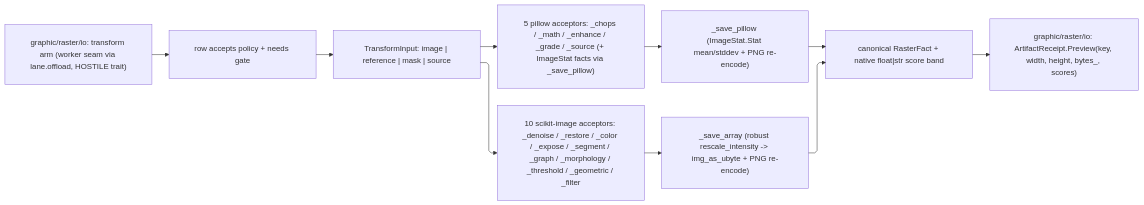
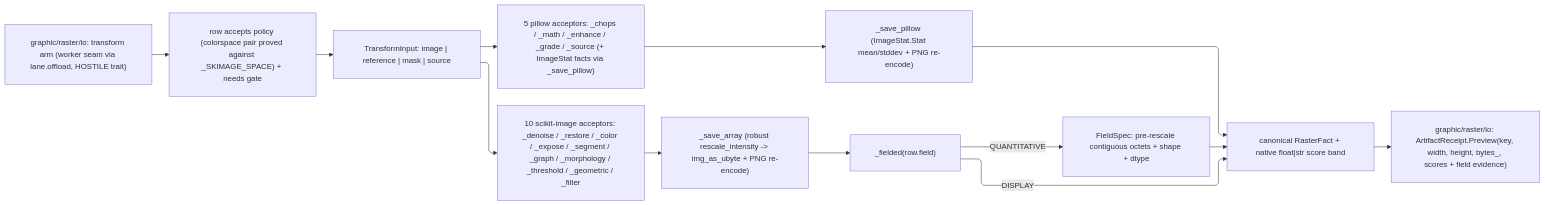
Before and after one commit to bsamiee/Rasm: the diagram in libs/python/artifacts/.planning/graphic/raster/process.md, drawn with Mermaid. The commit also changed other lines of this file and 693 other files, not shown here.

````diff
--- a/libs/python/artifacts/.planning/graphic/raster/process.md
+++ b/libs/python/artifacts/.planning/graphic/raster/process.md
@@ -1050,21 +1103,24 @@
 ```mermaid
 ---
 config:
   layout: elk
   flowchart:
     curve: linear
     padding: 25
 ---
 flowchart LR
     accTitle: Raster transform flow
-    accDescr: The io transform arm crossing the worker seam, row acceptance under policy and the needs gate, TransformInput dispatch across the pillow and scikit-image acceptors, and the canonical RasterFact egress.
-    Tx["graphic/raster/io: transform arm (worker seam via lane.offload, HOSTILE trait)"] --> Table["row accepts policy + needs gate"]
+    accDescr: The io transform arm crossing the worker seam, row acceptance under policy and the needs gate, TransformInput dispatch across the pillow and scikit-image acceptors, the field-law split at the array save, and the canonical RasterFact egress.
+    Tx["graphic/raster/io: transform arm (worker seam via lane.offload, HOSTILE trait)"] --> Table["row accepts policy (colorspace pair proved against _SKIMAGE_SPACE) + needs gate"]
     Table --> Input["TransformInput: image | reference | mask | source"]
     Input --> Pil["5 pillow acceptors: _chops / _math / _enhance / _grade / _source (+ ImageStat facts via _save_pillow)"]
     Input --> Ski["10 scikit-image acceptors: _denoise / _restore / _color / _expose / _segment / _graph / _morphology / _threshold / _geometric / _filter"]
     Pil --> SaveP["_save_pillow (ImageStat.Stat mean/stddev + PNG re-encode)"]
     Ski --> SaveA["_save_array (robust rescale_intensity -> img_as_ubyte + PNG re-encode)"]
+    SaveA --> Law["_fielded(row.field)"]
+    Law -->|"DISPLAY"| Fact
+    Law -->|"QUANTITATIVE"| Field["FieldSpec: pre-rescale contiguous octets + shape + dtype"]
+    Field --> Fact
     SaveP --> Fact["canonical RasterFact + native float|str score band"]
-    SaveA --> Fact
-    Fact --> Receipt["graphic/raster/io: ArtifactReceipt.Preview(key, width, height, bytes_, scores)"]
+    Fact --> Receipt["graphic/raster/io: ArtifactReceipt.Preview(key, width, height, bytes_, scores + field evidence)"]
 ```
````
